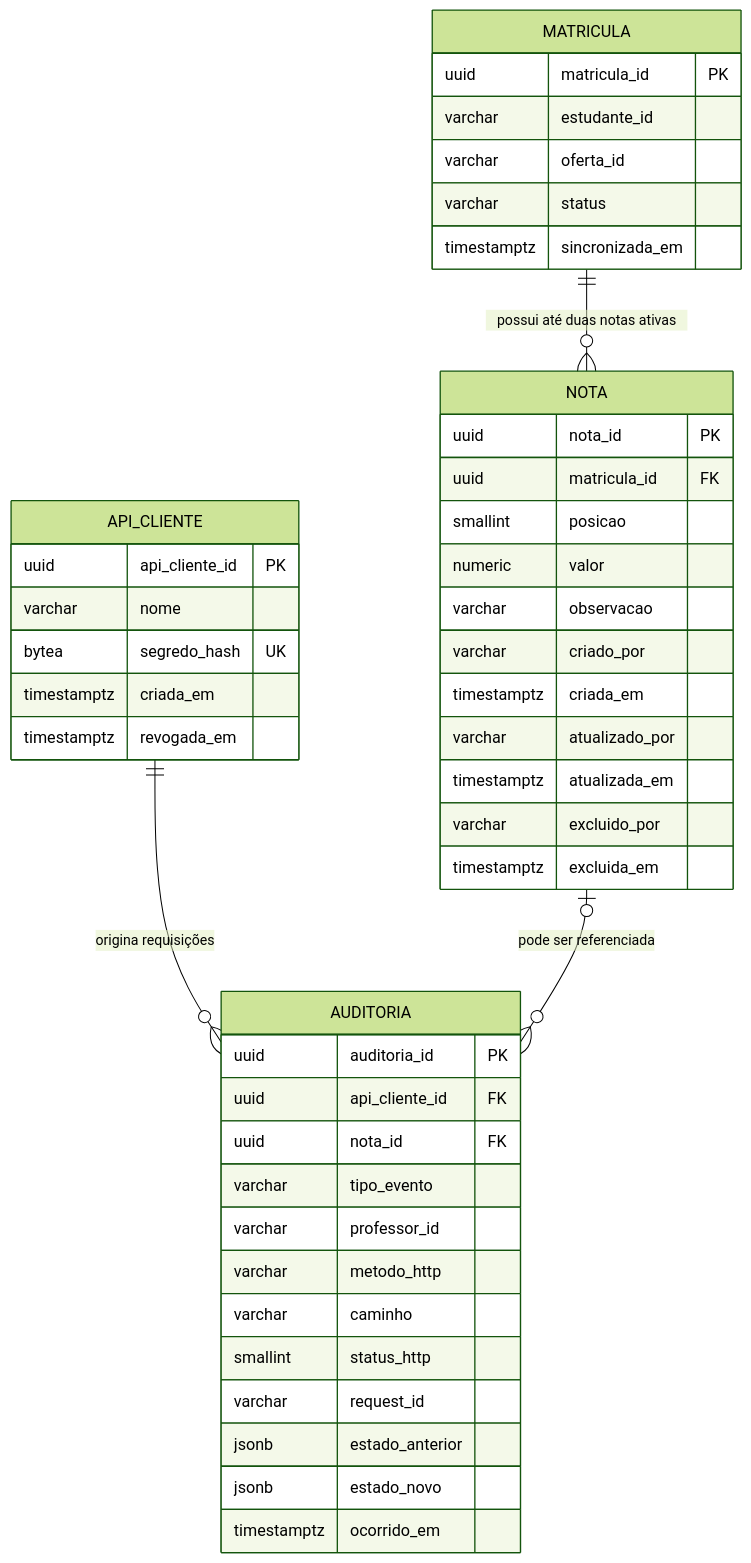
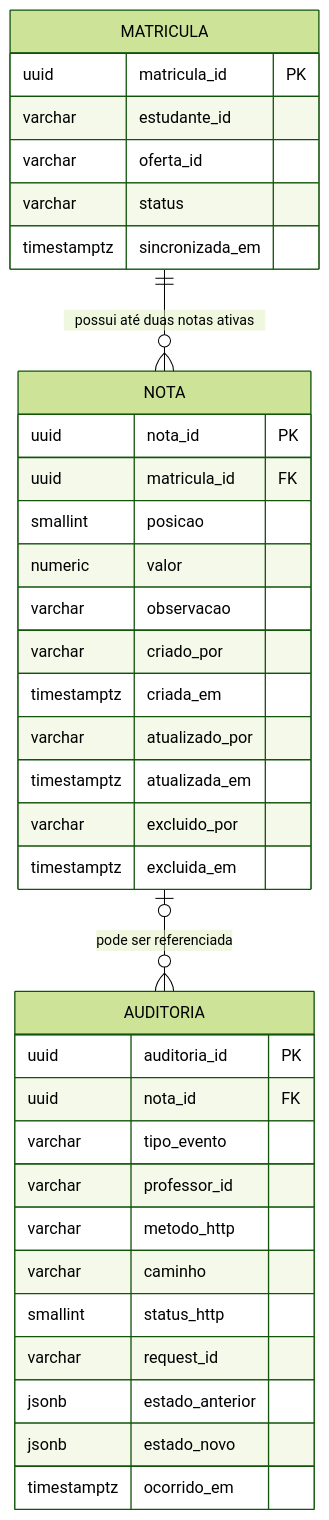
The diagram in proposta-modelagem-banco-dados.md (fabricianeres/Projeto-pos-gradua-o---modulo-01), drawn with Mermaid (forest theme) before and after one commit. The commit also changed other lines of this file and 4 other files, not shown here.

````diff
--- a/proposta-modelagem-banco-dados.md
+++ b/proposta-modelagem-banco-dados.md
@@ -21,51 +21,41 @@
 ```mermaid
 erDiagram
     MATRICULA ||--o{ NOTA : "possui até duas notas ativas"
-    API_CLIENTE ||--o{ AUDITORIA : "origina requisições"
     NOTA o|--o{ AUDITORIA : "pode ser referenciada"
 
     MATRICULA {
         uuid matricula_id PK
         varchar estudante_id
         varchar oferta_id
         varchar status
         timestamptz sincronizada_em
     }
 
     NOTA {
         uuid nota_id PK
         uuid matricula_id FK
         smallint posicao
         numeric valor
         varchar observacao
         varchar criado_por
         timestamptz criada_em
         varchar atualizado_por
         timestamptz atualizada_em
         varchar excluido_por
         timestamptz excluida_em
     }
 
-    API_CLIENTE {
-        uuid api_cliente_id PK
-        varchar nome
-        bytea segredo_hash UK
-        timestamptz criada_em
-        timestamptz revogada_em
-    }
-
     AUDITORIA {
         uuid auditoria_id PK
-        uuid api_cliente_id FK
         uuid nota_id FK
         varchar tipo_evento
         varchar professor_id
         varchar metodo_http
         varchar caminho
         smallint status_http
         varchar request_id
         jsonb estado_anterior
         jsonb estado_novo
         timestamptz ocorrido_em
     }
 ```
````
